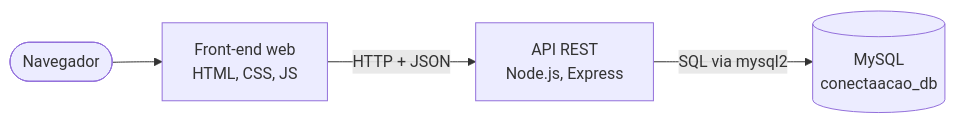
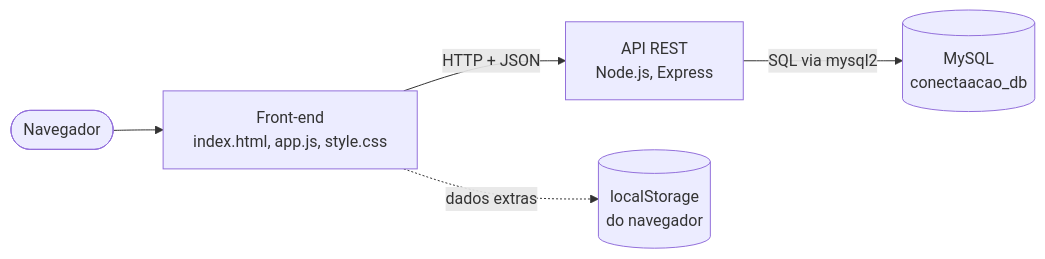
Before and after one commit to gigi-zacaroni/tp-eng-software: the second of 4 diagrams in docs/arquitetura/arquitetura.md, drawn with Mermaid. The commit also changed other lines of this file and 4 other files, not shown here.

````diff
--- a/docs/arquitetura/arquitetura.md
+++ b/docs/arquitetura/arquitetura.md
@@ -28,6 +30,7 @@
 ```mermaid
 flowchart LR
-    B([Navegador]) --> F[Front-end web<br/>HTML, CSS, JS]
+    B([Navegador]) --> F[Front-end<br/>index.html, app.js, style.css]
     F -->|HTTP + JSON| API[API REST<br/>Node.js, Express]
+    F -.->|dados extras| LS[(localStorage<br/>do navegador)]
     API -->|SQL via mysql2| DB[(MySQL<br/>conectaacao_db)]
 ```
````
